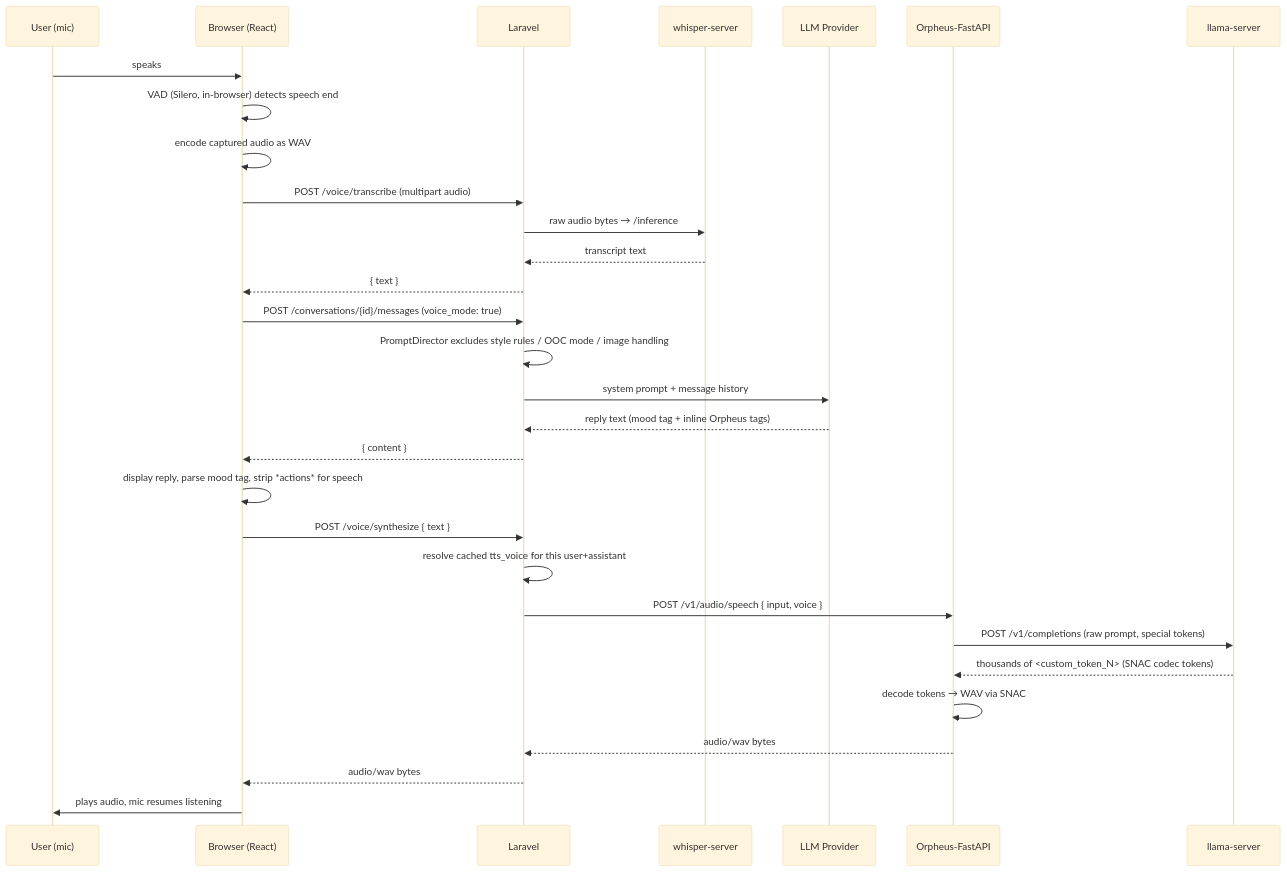
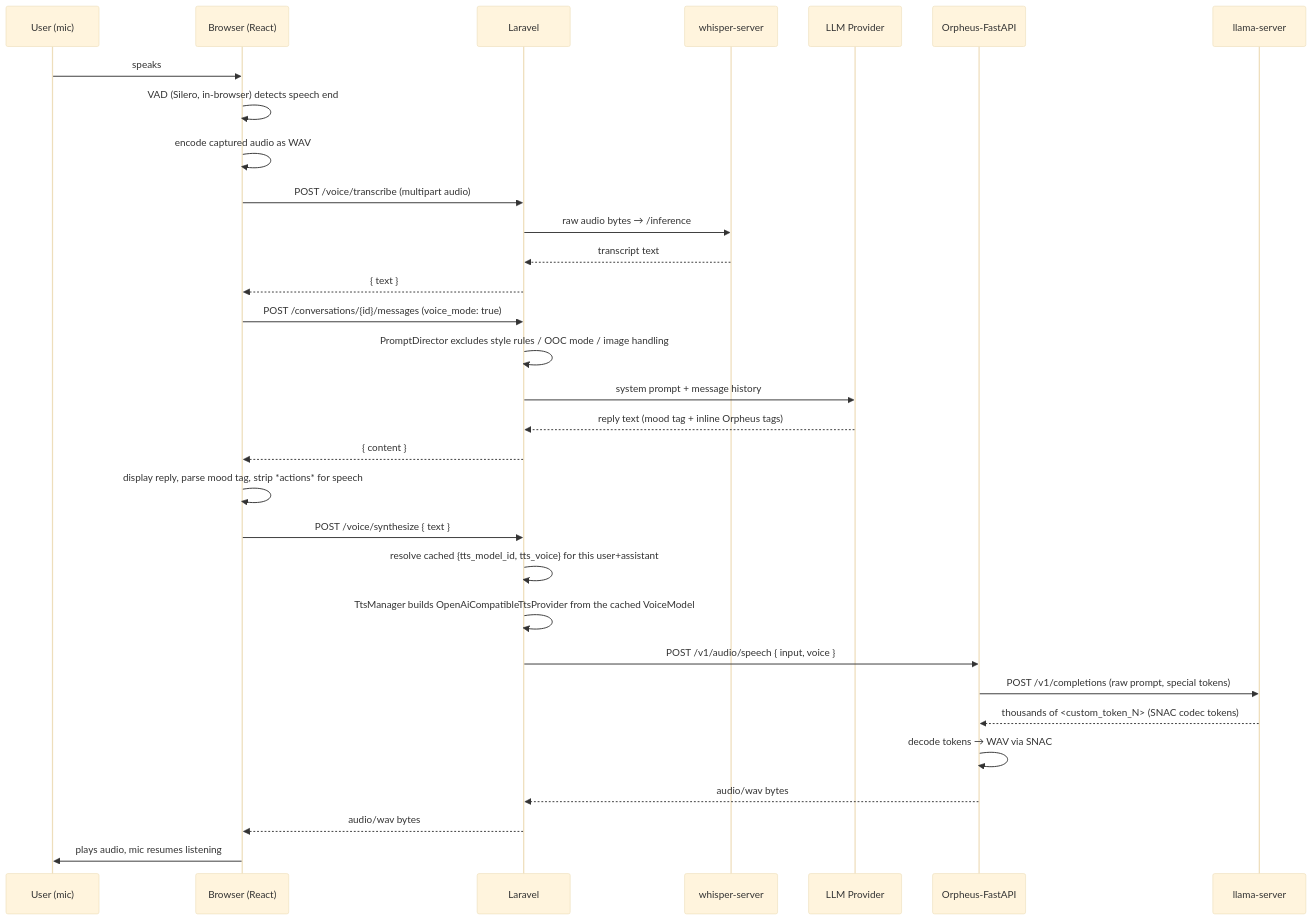
Before and after one commit to gaboeremita/laravel-vera: the diagram in ARCHITECTURE.md, drawn with Mermaid (base theme). The commit also changed other lines of this file and 36 other files, not shown here.

First line of the commit message:
Make TTS provider-agnostic, add Voice page, and add per-provider prompt injection

````diff
--- a/ARCHITECTURE.md
+++ b/ARCHITECTURE.md
@@ -495,35 +590,36 @@
 ```mermaid
 sequenceDiagram
     participant U as User (mic)
     participant B as Browser (React)
     participant L as Laravel
     participant W as whisper-server
     participant LLM as LLM Provider
     participant OF as Orpheus-FastAPI
     participant LC as llama-server
 
     U->>B: speaks
     B->>B: VAD (Silero, in-browser) detects speech end
     B->>B: encode captured audio as WAV
     B->>L: POST /voice/transcribe (multipart audio)
     L->>W: raw audio bytes → /inference
     W-->>L: transcript text
     L-->>B: { text }
 
     B->>L: POST /conversations/{id}/messages (voice_mode: true)
     L->>L: PromptDirector excludes style rules / OOC mode / image handling
     L->>LLM: system prompt + message history
     LLM-->>L: reply text (mood tag + inline Orpheus tags)
     L-->>B: { content }
     B->>B: display reply, parse mood tag, strip *actions* for speech
 
     B->>L: POST /voice/synthesize { text }
-    L->>L: resolve cached tts_voice for this user+assistant
+    L->>L: resolve cached {tts_model_id, tts_voice} for this user+assistant
+    L->>L: TtsManager builds OpenAiCompatibleTtsProvider from the cached VoiceModel
     L->>OF: POST /v1/audio/speech { input, voice }
     OF->>LC: POST /v1/completions (raw prompt, special tokens)
     LC-->>OF: thousands of <custom_token_N> (SNAC codec tokens)
     OF->>OF: decode tokens → WAV via SNAC
     OF-->>L: audio/wav bytes
     L-->>B: audio/wav bytes
     B->>U: plays audio, mic resumes listening
 ```
````
